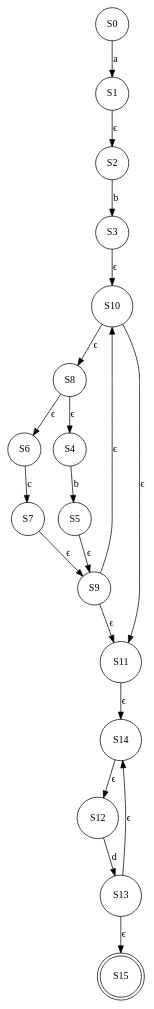
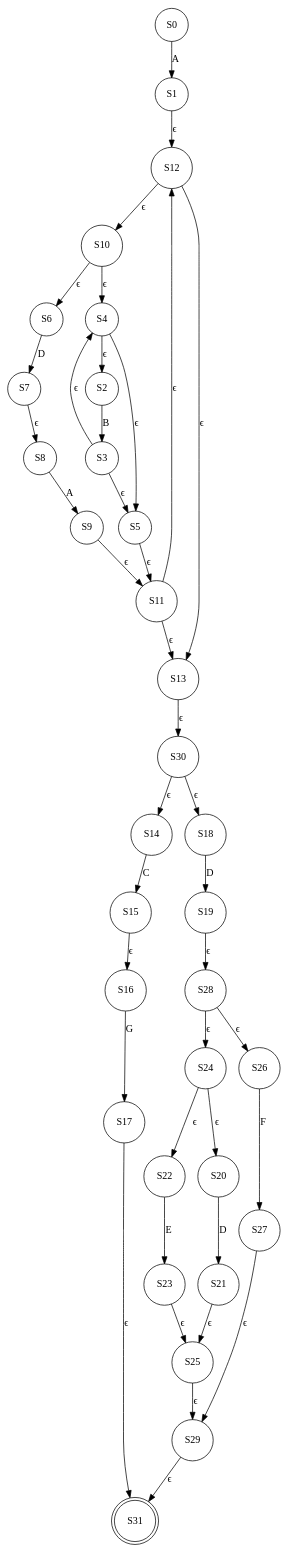
Before and after one commit to Mostafa-wael/RegEx-NFA-DFA-MinDFA-Converter: the diagram in output/nfa.gv, drawn with Graphviz. The commit also changed 8 other files, not shown here.

```diff
--- a/output/nfa.gv
+++ b/output/nfa.gv
@@ -1,37 +1,73 @@
 digraph {
 	S0 [shape=circle]
-	S0 -> S1 [label=a]
+	S0 -> S1 [label=A]
 	S1 [shape=circle]
-	S1 -> S2 [label="ϵ"]
+	S1 -> S12 [label="ϵ"]
+	S12 [shape=circle]
+	S12 -> S10 [label="ϵ"]
+	S12 -> S13 [label="ϵ"]
+	S10 [shape=circle]
+	S10 -> S4 [label="ϵ"]
+	S10 -> S6 [label="ϵ"]
+	S13 [shape=circle]
+	S13 -> S30 [label="ϵ"]
+	S4 [shape=circle]
+	S4 -> S2 [label="ϵ"]
+	S4 -> S5 [label="ϵ"]
+	S6 [shape=circle]
+	S6 -> S7 [label=D]
+	S30 [shape=circle]
+	S30 -> S14 [label="ϵ"]
+	S30 -> S18 [label="ϵ"]
 	S2 [shape=circle]
-	S2 -> S3 [label=b]
+	S2 -> S3 [label=B]
+	S5 [shape=circle]
+	S5 -> S11 [label="ϵ"]
+	S7 [shape=circle]
+	S7 -> S8 [label="ϵ"]
+	S14 [shape=circle]
+	S14 -> S15 [label=C]
+	S18 [shape=circle]
+	S18 -> S19 [label=D]
 	S3 [shape=circle]
-	S3 -> S10 [label="ϵ"]
-	S10 [shape=circle]
-	S10 -> S8 [label="ϵ"]
-	S10 -> S11 [label="ϵ"]
+	S3 -> S4 [label="ϵ"]
+	S3 -> S5 [label="ϵ"]
+	S11 [shape=circle]
+	S11 -> S12 [label="ϵ"]
+	S11 -> S13 [label="ϵ"]
 	S8 [shape=circle]
-	S8 -> S4 [label="ϵ"]
-	S8 -> S6 [label="ϵ"]
-	S11 [shape=circle]
-	S11 -> S14 [label="ϵ"]
-	S4 [shape=circle]
-	S4 -> S5 [label=b]
-	S6 [shape=circle]
-	S6 -> S7 [label=c]
-	S14 [shape=circle]
-	S14 -> S12 [label="ϵ"]
-	S5 [shape=circle]
-	S5 -> S9 [label="ϵ"]
-	S7 [shape=circle]
-	S7 -> S9 [label="ϵ"]
-	S12 [shape=circle]
-	S12 -> S13 [label=d]
+	S8 -> S9 [label=A]
+	S15 [shape=circle]
+	S15 -> S16 [label="ϵ"]
+	S19 [shape=circle]
+	S19 -> S28 [label="ϵ"]
 	S9 [shape=circle]
-	S9 -> S10 [label="ϵ"]
 	S9 -> S11 [label="ϵ"]
-	S13 [shape=circle]
-	S13 -> S14 [label="ϵ"]
-	S13 -> S15 [label="ϵ"]
-	S15 [shape=doublecircle]
+	S16 [shape=circle]
+	S16 -> S17 [label=G]
+	S28 [shape=circle]
+	S28 -> S24 [label="ϵ"]
+	S28 -> S26 [label="ϵ"]
+	S17 [shape=circle]
+	S17 -> S31 [label="ϵ"]
+	S24 [shape=circle]
+	S24 -> S20 [label="ϵ"]
+	S24 -> S22 [label="ϵ"]
+	S26 [shape=circle]
+	S26 -> S27 [label=F]
+	S31 [shape=doublecircle]
+	S20 [shape=circle]
+	S20 -> S21 [label=D]
+	S22 [shape=circle]
+	S22 -> S23 [label=E]
+	S27 [shape=circle]
+	S27 -> S29 [label="ϵ"]
+	S21 [shape=circle]
+	S21 -> S25 [label="ϵ"]
+	S23 [shape=circle]
+	S23 -> S25 [label="ϵ"]
+	S29 [shape=circle]
+	S29 -> S31 [label="ϵ"]
+	S25 [shape=circle]
+	S25 -> S29 [label="ϵ"]
 }
```
